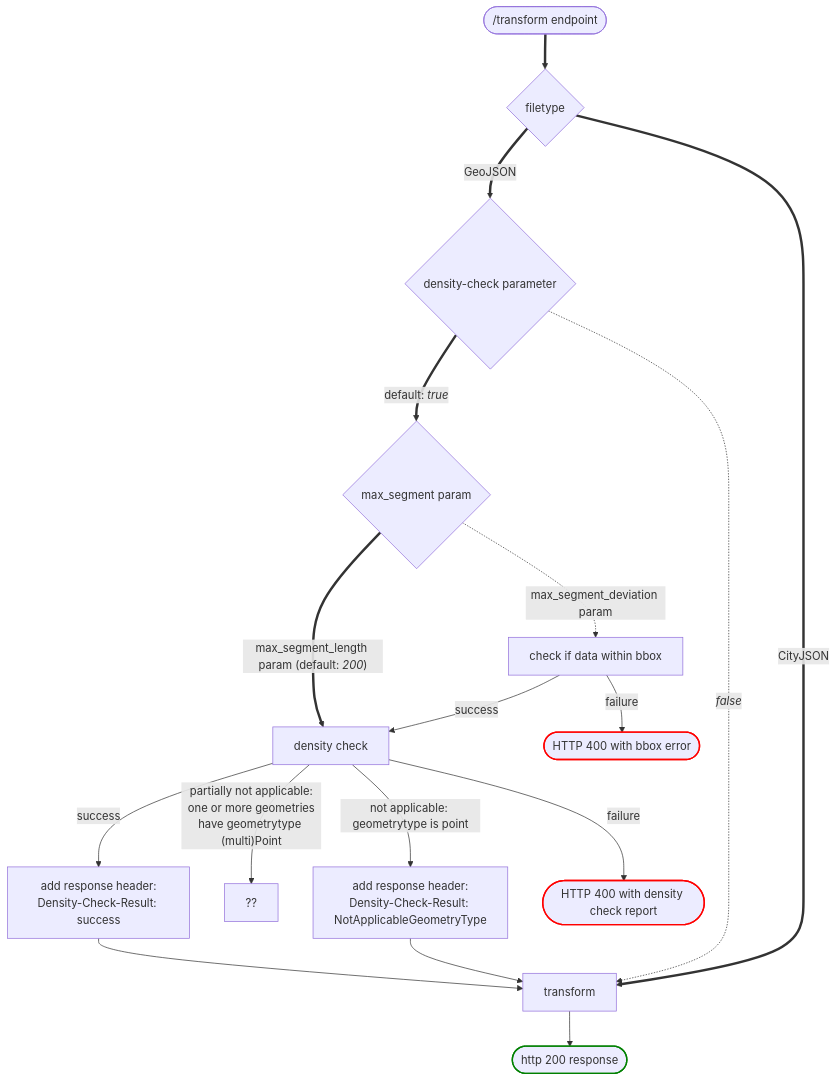
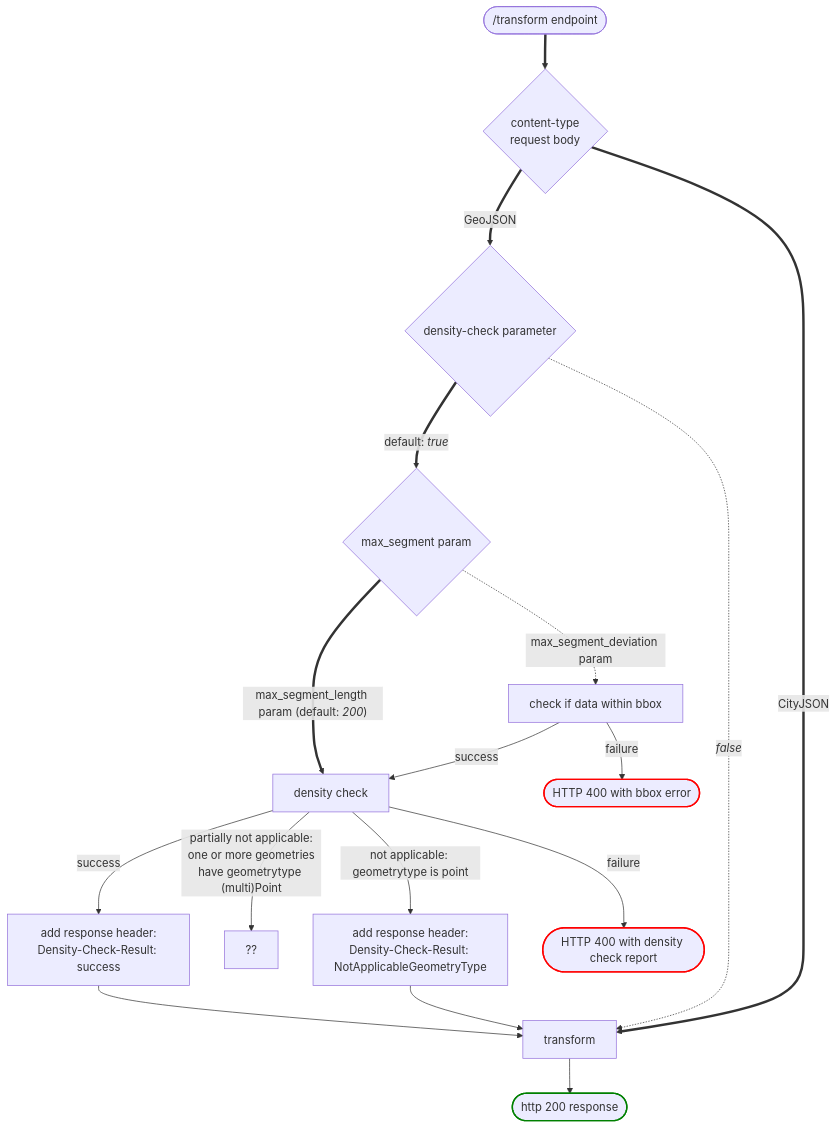
Before and after one commit to GeodetischeInfrastructuur/coordinates-transformation-api: the diagram in README.md, drawn with Mermaid. The commit also changed 3 other files, not shown here.

````diff
--- a/README.md
+++ b/README.md
@@ -140,25 +140,25 @@
 ```mermaid
 flowchart
-    input([/transform endpoint]) ==> filetype{filetype}
+    input([/transform endpoint]) ==> filetype{content-type<br>request body}
     filetype==> | GeoJSON | dc_param{density-check parameter}
     filetype==> | CityJSON | tf 
     dc_param ==> |"`default: *true*`"|ms_param{max_segment param}
     ms_param -.-> |max_segment_deviation param| bc[check if data within bbox]
     bc --> |success| dc
     bc --> |failure| output_error_bbox([HTTP 400 with bbox error])
 
     ms_param ==> |"`max_segment_length param (default: *200*)`"| dc[density check]
     dc_param -.-> |"`*false*`"| tf[transform]
     
     dc --> |"not applicable: geometrytype is point" | a2[add response header:<br>Density-Check-Result: NotApplicableGeometryType]
     dc --> |"partially not applicable:<br> one or more geometries have geometrytype (multi)Point" | a4[??]
     dc --> |"success"| a3[add response header:<br>Density-Check-Result: success]
     dc --> |"failure"| output_error([HTTP 400 with density check report])
     a2 --> tf
     a3 --> tf
     tf --> output([http 200 response])
     class output_error error
     class output_error_bbox error
     classDef error stroke: red,stroke-width:2px
     style output stroke: green,stroke-width:2px
 ```
````
